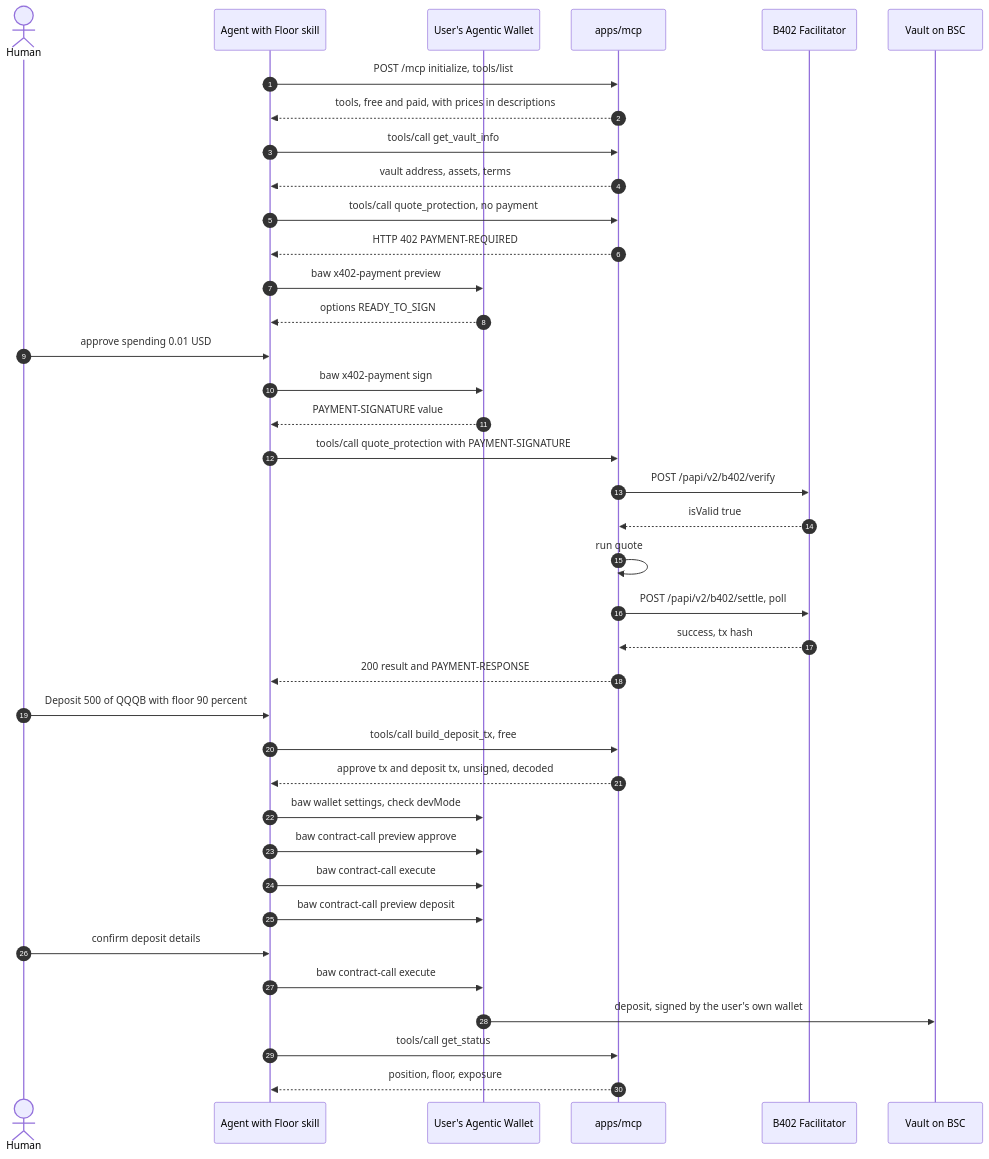
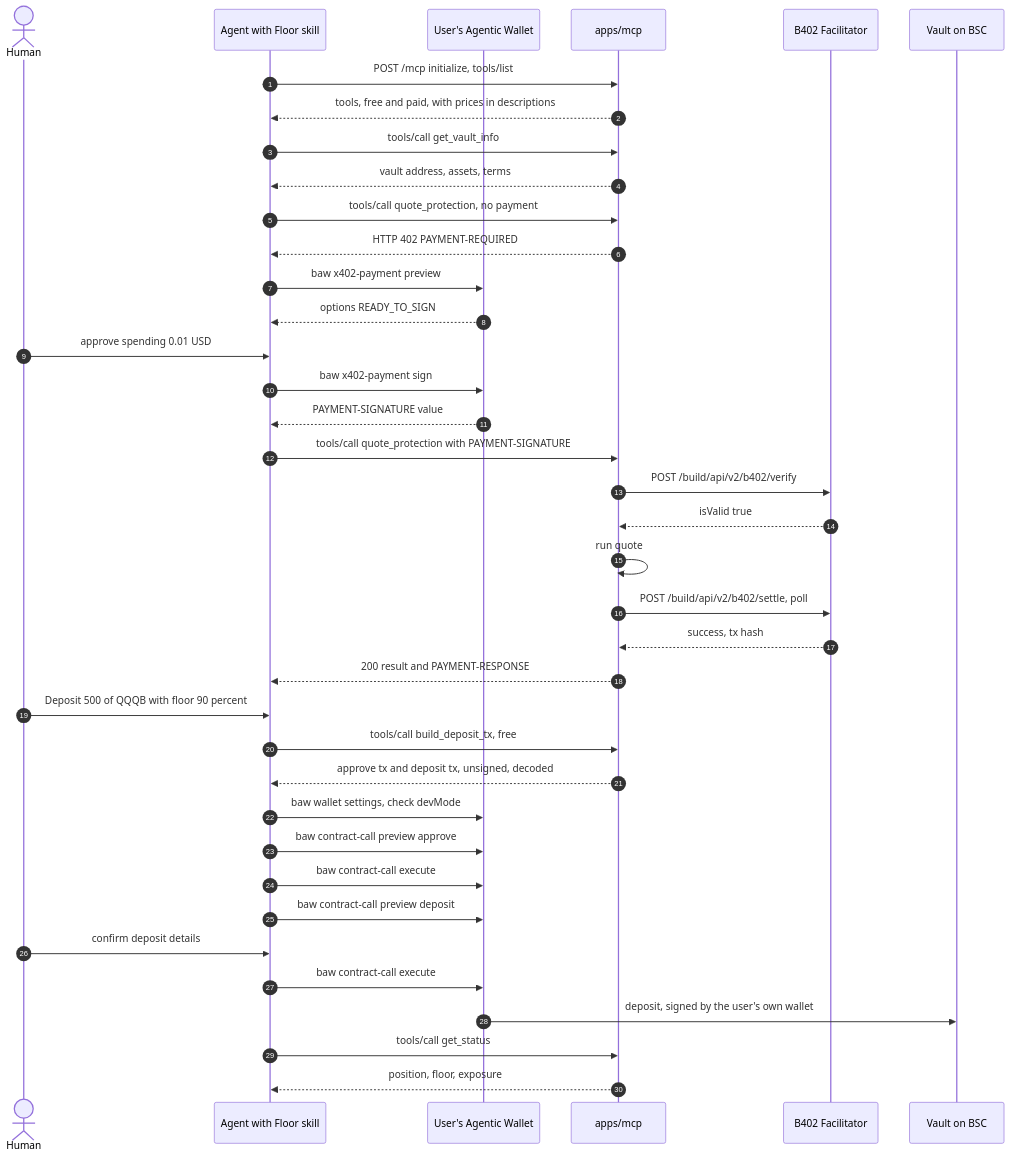
Before and after one commit to ayush18pop/floorbnb: the fifth of 6 diagrams in docs/ARCHITECTURE.md, drawn with Mermaid. The commit also changed other lines of this file and 8 other files, not shown here.

First line of the commit message:
x402: b402 client now uses Web3 API gateway (X-OC HMAC, /build/api/v2/b402/*)

````diff
--- a/docs/ARCHITECTURE.md
+++ b/docs/ARCHITECTURE.md
@@ -387,41 +387,41 @@
 ```mermaid
 sequenceDiagram
   autonumber
   actor H as Human
   participant AG as Agent with Floor skill
   participant AWU as User's Agentic Wallet
   participant M as apps/mcp
   participant F as B402 Facilitator
   participant V as Vault on BSC
 
   AG->>M: POST /mcp initialize, tools/list
   M-->>AG: tools, free and paid, with prices in descriptions
   AG->>M: tools/call get_vault_info
   M-->>AG: vault address, assets, terms
   AG->>M: tools/call quote_protection, no payment
   M-->>AG: HTTP 402 PAYMENT-REQUIRED
   AG->>AWU: baw x402-payment preview
   AWU-->>AG: options READY_TO_SIGN
   H->>AG: approve spending 0.01 USD
   AG->>AWU: baw x402-payment sign
   AWU-->>AG: PAYMENT-SIGNATURE value
   AG->>M: tools/call quote_protection with PAYMENT-SIGNATURE
-  M->>F: POST /papi/v2/b402/verify
+  M->>F: POST /build/api/v2/b402/verify
   F-->>M: isValid true
   M->>M: run quote
-  M->>F: POST /papi/v2/b402/settle, poll
+  M->>F: POST /build/api/v2/b402/settle, poll
   F-->>M: success, tx hash
   M-->>AG: 200 result and PAYMENT-RESPONSE
   H->>AG: Deposit 500 of QQQB with floor 90 percent
   AG->>M: tools/call build_deposit_tx, free
   M-->>AG: approve tx and deposit tx, unsigned, decoded
   AG->>AWU: baw wallet settings, check devMode
   AG->>AWU: baw contract-call preview approve
   AG->>AWU: baw contract-call execute
   AG->>AWU: baw contract-call preview deposit
   H->>AG: confirm deposit details
   AG->>AWU: baw contract-call execute
   AWU->>V: deposit, signed by the user's own wallet
   AG->>M: tools/call get_status
   M-->>AG: position, floor, exposure
 ```
````
